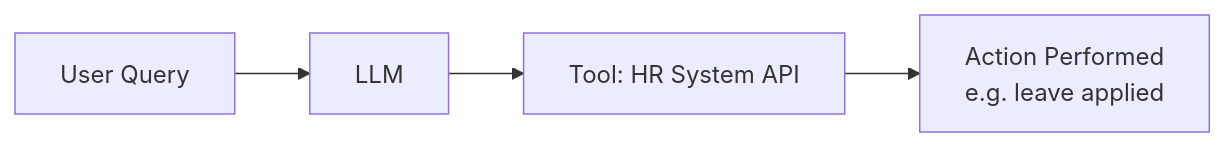
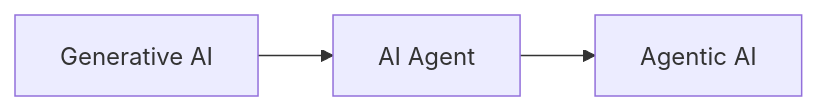
Diagram 13 of 15 in AI Fundamentals.md (shaktikadam1630/AI-For-Backend-Developers), drawn with Mermaid before and after one commit. The commit also changed other lines of this file, not shown here.

First line of the commit message:
Revise AI Fundamentals section on Generative AI and Agents

````diff
--- a/AI Fundamentals.md
+++ b/AI Fundamentals.md
@@ -422,6 +416,5 @@
 ```mermaid
 flowchart LR
-    A[User Query] --> B[LLM]
-    B --> C[Tool: HR System API]
-    C --> D[Action Performed<br/>e.g. leave applied]
+    A[Generative AI] --> B[AI Agent]
+    B --> C[Agentic AI]
 ```
````
